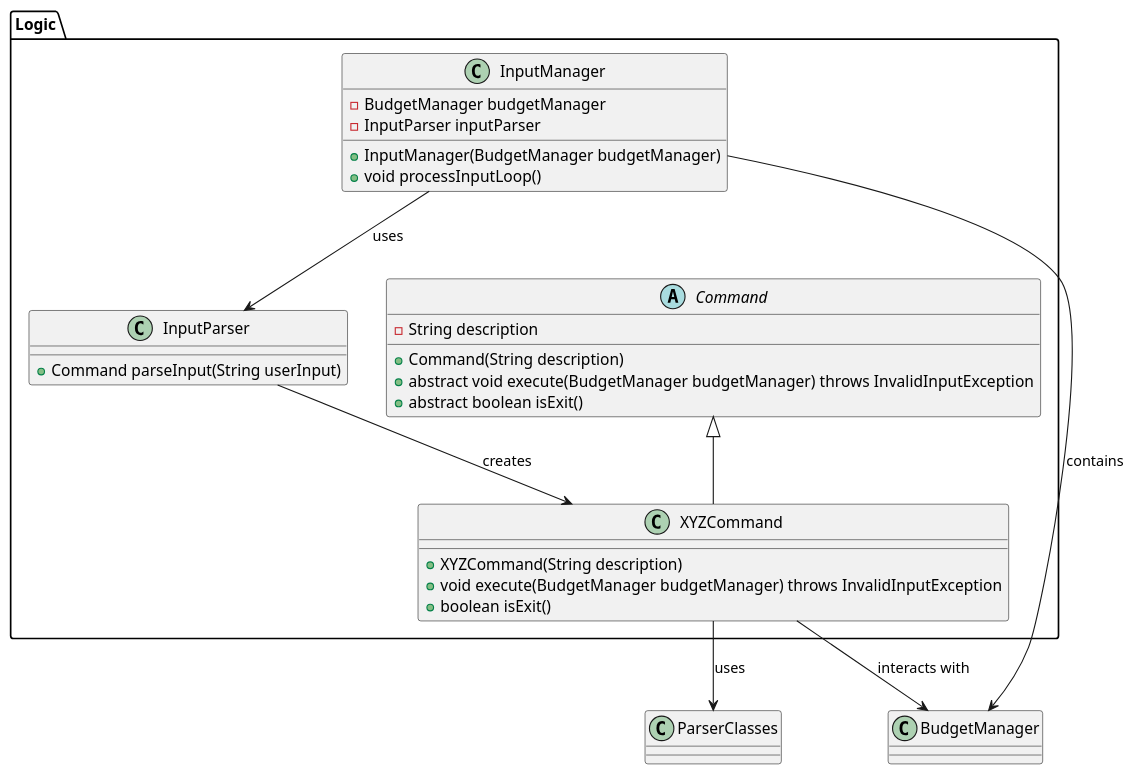
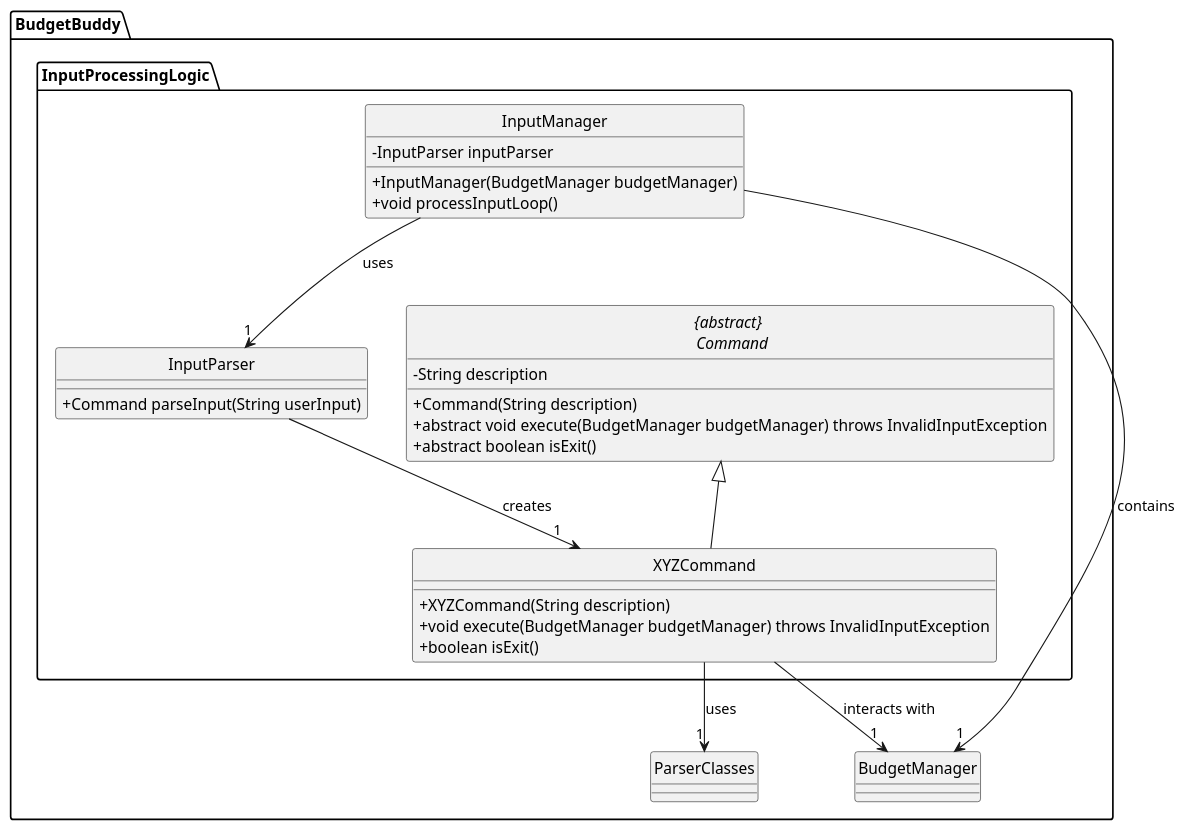
Before and after one commit to AY2425S2-CS2113-T12-4/tp: the diagram in docs/diagrams/CommandClassDiagram.puml, drawn with PlantUML. The commit also changed 8 other files, not shown here.

Commit message:
Add diagrams for DG

```diff
--- a/docs/diagrams/CommandClassDiagram.puml
+++ b/docs/diagrams/CommandClassDiagram.puml
@@ -1,49 +1,51 @@
 @startuml
-' Abstract Command class
-package "Logic"{
-abstract class Command {
+
+hide circle
+skinparam classAttributeIconSize 0
+
+package "BudgetBuddy"{
+package "InputProcessingLogic"{
+abstract class "{abstract} \n Command" {
     -String description
     +Command(String description)
     +abstract void execute(BudgetManager budgetManager) throws InvalidInputException
     +abstract boolean isExit()
 }
 
 ' Placeholder for concrete command classes
 class XYZCommand {
     +XYZCommand(String description)
     +void execute(BudgetManager budgetManager) throws InvalidInputException
     +boolean isExit()
 }
 
 ' Relationship between Command and XYZCommand
-Command <|-- XYZCommand
+"{abstract} \n Command" <|-- XYZCommand
 
 
 
 
 ' InputParser class (creates commands)
 class InputParser {
     +Command parseInput(String userInput)
 }
 
 ' InputManager class (manages input and execution)
 class InputManager {
-    -BudgetManager budgetManager
     -InputParser inputParser
     +InputManager(BudgetManager budgetManager)
     +void processInputLoop()
 }
 }
 
-class ParserClasses{
+class ParserClasses{}
+
+class BudgetManager {}
 }
-
- class BudgetManager {}
-
 ' Relationships
-InputManager --> InputParser : uses
-InputParser --> XYZCommand : creates
-XYZCommand --> BudgetManager : interacts with
-InputManager --> BudgetManager : contains
-XYZCommand --> ParserClasses : uses
+InputManager --> "1"InputParser : uses
+InputParser --> "1"XYZCommand : creates
+XYZCommand --> "1"BudgetManager : interacts with
+InputManager --> "1"BudgetManager : contains
+XYZCommand --> "1"ParserClasses : uses
 @enduml
```
